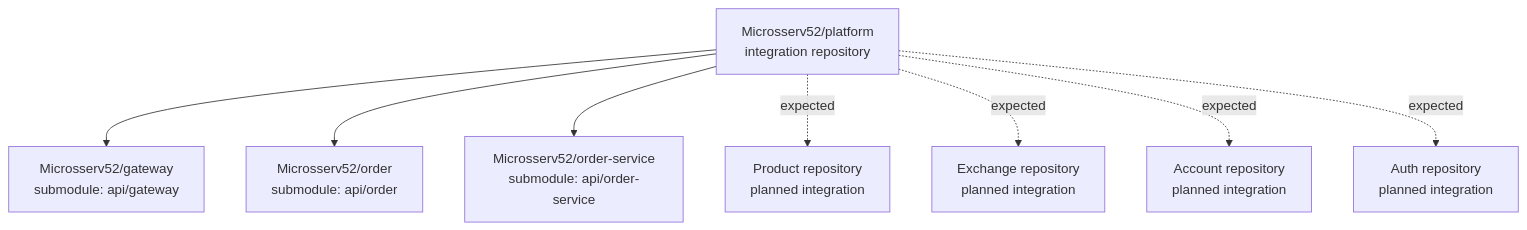
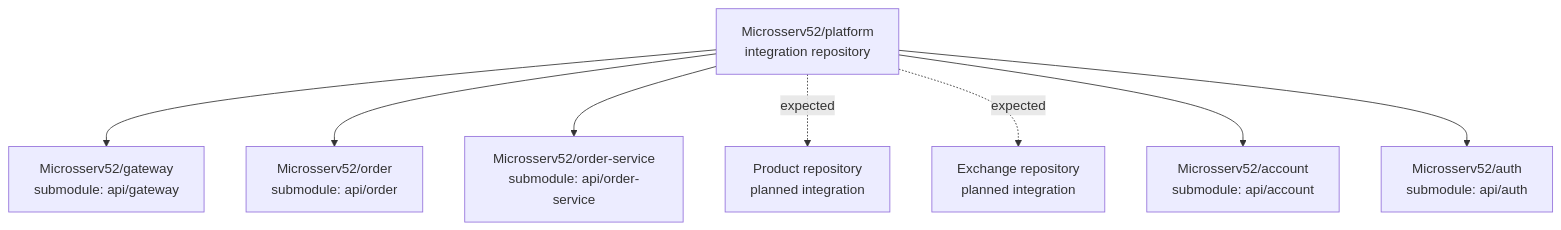
One commit to Microsserv52/platform changed the second of 5 diagrams in docs/project/architecture.md. Above: the diagram before and after it, drawn with Mermaid. The commit also changed other lines of this file and 10 other files, not shown here.

````diff
--- a/docs/project/architecture.md
+++ b/docs/project/architecture.md
@@ -72,19 +72,19 @@
 ```mermaid
 flowchart TB
     platform["Microsserv52/platform\nintegration repository"]
     gatewayRepo["Microsserv52/gateway\nsubmodule: api/gateway"]
     orderRepo["Microsserv52/order\nsubmodule: api/order"]
     orderServiceRepo["Microsserv52/order-service\nsubmodule: api/order-service"]
     productRepo["Product repository\nplanned integration"]
     exchangeRepo["Exchange repository\nplanned integration"]
-    accountRepo["Account repository\nplanned integration"]
-    authRepo["Auth repository\nplanned integration"]
+    accountRepo["Microsserv52/account\nsubmodule: api/account"]
+    authRepo["Microsserv52/auth\nsubmodule: api/auth"]
 
     platform --> gatewayRepo
     platform --> orderRepo
     platform --> orderServiceRepo
     platform -. expected .-> productRepo
     platform -. expected .-> exchangeRepo
-    platform -. expected .-> accountRepo
-    platform -. expected .-> authRepo
+    platform --> accountRepo
+    platform --> authRepo
 ```
````
